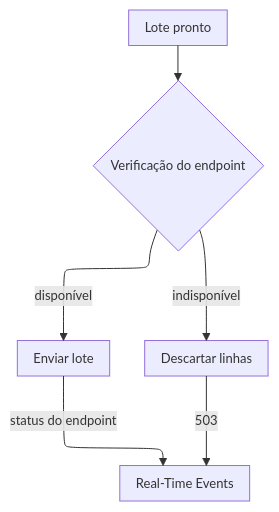
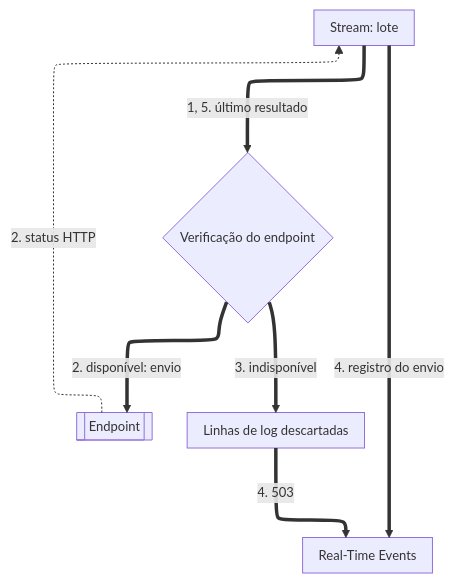
Before and after one commit to aziontech/docs: the third of 3 diagrams in apps/docs/src/content/docs/pt-br/pages/observe/data-stream/how-it-works.mdx, drawn with Mermaid. The commit also changed other lines of this file and 92 other files, not shown here.

````diff
--- a/apps/docs/src/content/docs/pt-br/pages/observe/data-stream/how-it-works.mdx
+++ b/apps/docs/src/content/docs/pt-br/pages/observe/data-stream/how-it-works.mdx
@@ -100,9 +113,15 @@
 ```mermaid
-%%{init: {"layout": "elk", "themeVariables": {"fontSize": "13px"}, "flowchart": {"nodeSpacing": 24, "rankSpacing": 36, "padding": 8, "wrappingWidth": 150, "useMaxWidth": true}, "sequence": {"width": 120, "actorMargin": 30, "useMaxWidth": true}}}%%
+%%{init: {"layout": "elk", "elk": {"cycleBreakingStrategy": "MODEL_ORDER"}, "themeVariables": {"fontSize": "13px"}, "flowchart": {"nodeSpacing": 24, "rankSpacing": 36, "padding": 8, "wrappingWidth": 150, "useMaxWidth": true}, "sequence": {"width": 120, "actorMargin": 30, "useMaxWidth": true}}}%%
 flowchart TD
-  Ready["Lote pronto"] --> Check{"Verificação do endpoint"}
-  Check -->|"disponível"| Send["Enviar lote"]
-  Check -->|"indisponível"| Drop["Descartar linhas"]
-  Send -->|"status do endpoint"| Rec["Real-Time Events"]
-  Drop -->|"503"| Rec
+  Bat["Stream: lote"]
+  Chk{"Verificação do endpoint"}
+  End[["Endpoint"]]
+  Drop["Linhas de log descartadas"]
+  RTE["Real-Time Events"]
+  Bat ==>|"1, 5. último resultado"| Chk
+  Chk ==>|"2. disponível: envio"| End
+  End -.->|"2. status HTTP"| Bat
+  Chk ==>|"3. indisponível"| Drop
+  Bat ==>|"4. registro do envio"| RTE
+  Drop ==>|"4. 503"| RTE
 ```
````
